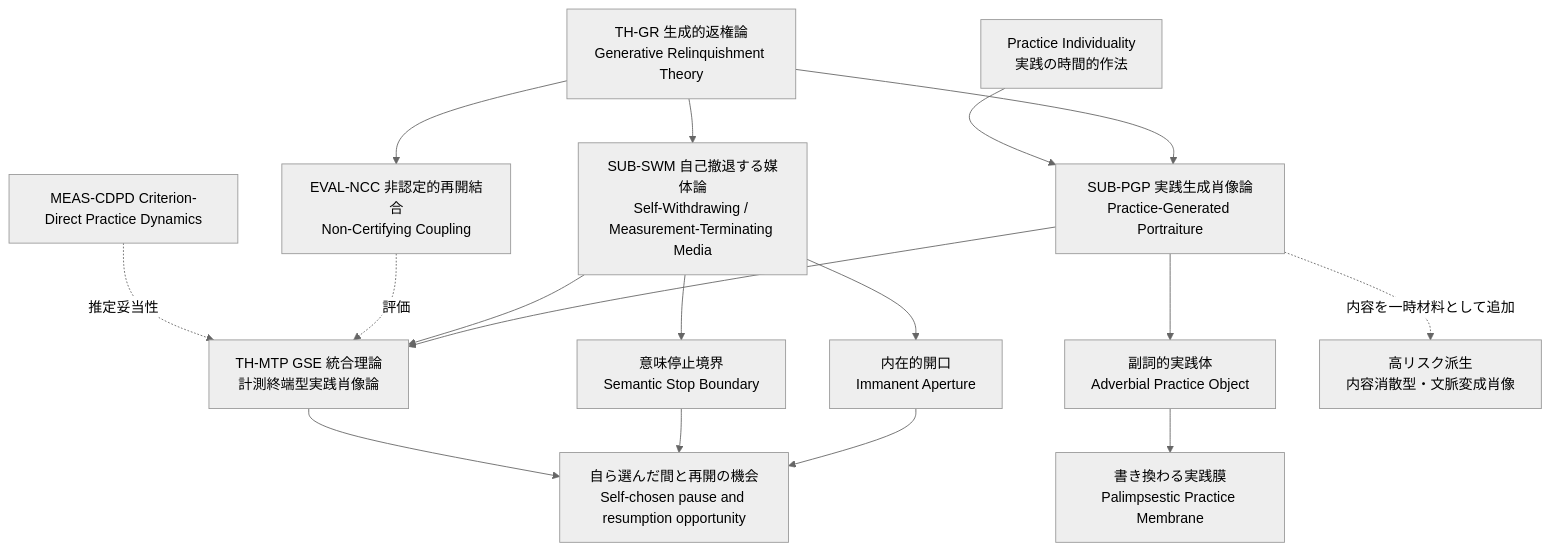
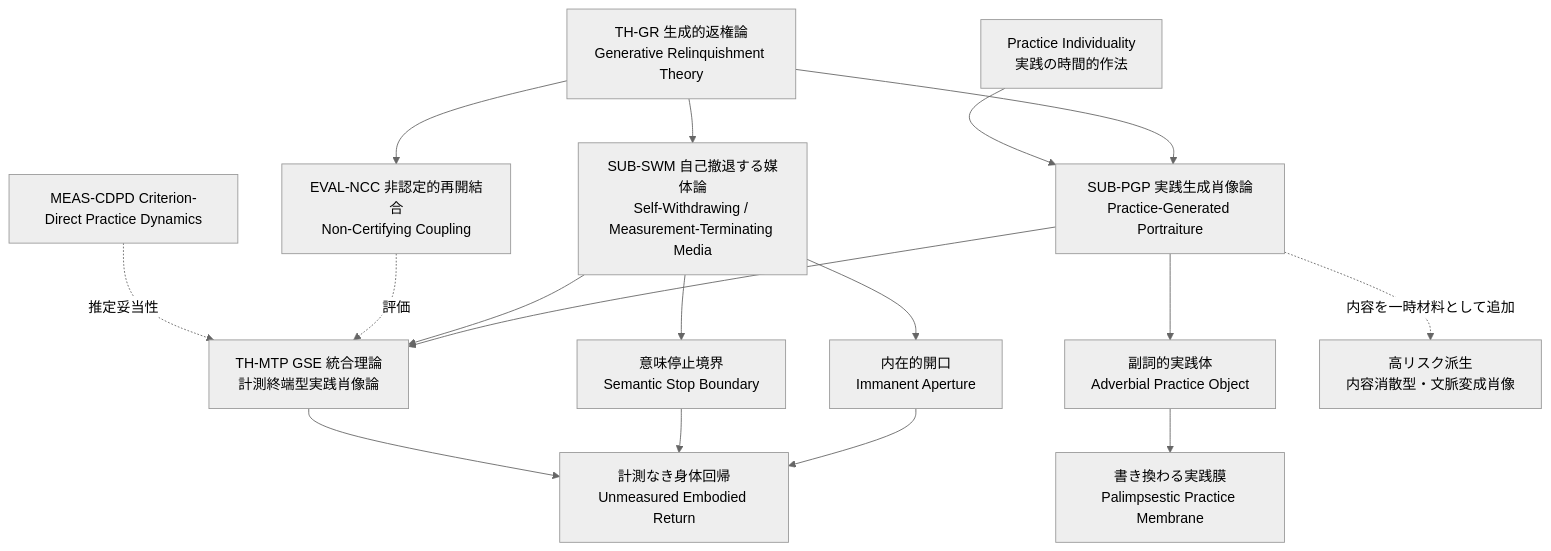
One commit to mikotomiura/GSE-prototype changed the diagram in docs/theory/theory-architecture-and-roadmap.md. Above: the diagram before and after it, drawn with Mermaid (neutral theme). The commit also changed other lines of this file and 11 other files, not shown here.

````diff
--- a/docs/theory/theory-architecture-and-roadmap.md
+++ b/docs/theory/theory-architecture-and-roadmap.md
@@ -46,39 +46,39 @@
 ```mermaid
 flowchart TB
     GR["TH-GR 生成的返権論<br/>Generative Relinquishment Theory"]
 
     PGP["SUB-PGP 実践生成肖像論<br/>Practice-Generated Portraiture"]
     SWM["SUB-SWM 自己撤退する媒体論<br/>Self-Withdrawing / Measurement-Terminating Media"]
     NCC["EVAL-NCC 非認定的再開結合<br/>Non-Certifying Coupling"]
     CDP["MEAS-CDPD Criterion-Direct Practice Dynamics"]
 
     PI["Practice Individuality<br/>実践の時間的作法"]
     APO["副詞的実践体<br/>Adverbial Practice Object"]
     PM["書き換わる実践膜<br/>Palimpsestic Practice Membrane"]
     IA["内在的開口<br/>Immanent Aperture"]
     SSB["意味停止境界<br/>Semantic Stop Boundary"]
-    UER["自ら選んだ間と再開の機会<br/>Self-chosen pause and resumption opportunity"]
+    UER["計測なき身体回帰<br/>Unmeasured Embodied Return"]
     MTP["TH-MTP GSE 統合理論<br/>計測終端型実践肖像論"]
     CECP["高リスク派生<br/>内容消散型・文脈変成肖像"]
 
     GR --> PGP
     GR --> SWM
     GR --> NCC
 
     PI --> PGP
     PGP --> APO
     APO --> PM
 
     SWM --> IA
     SWM --> SSB
     IA --> UER
     SSB --> UER
 
     PGP --> MTP
     SWM --> MTP
     NCC -. "評価" .-> MTP
     CDP -. "推定妥当性" .-> MTP
 
     MTP --> UER
     PGP -. "内容を一時材料として追加" .-> CECP
 ```
````
